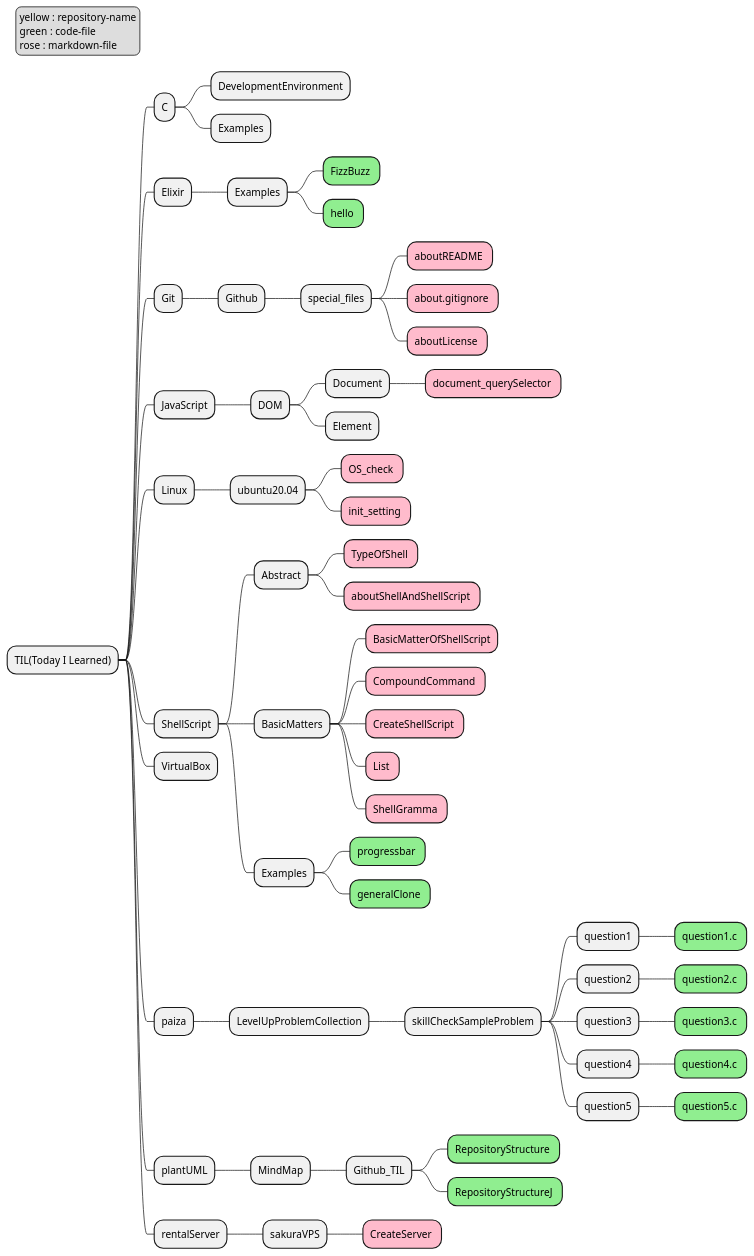
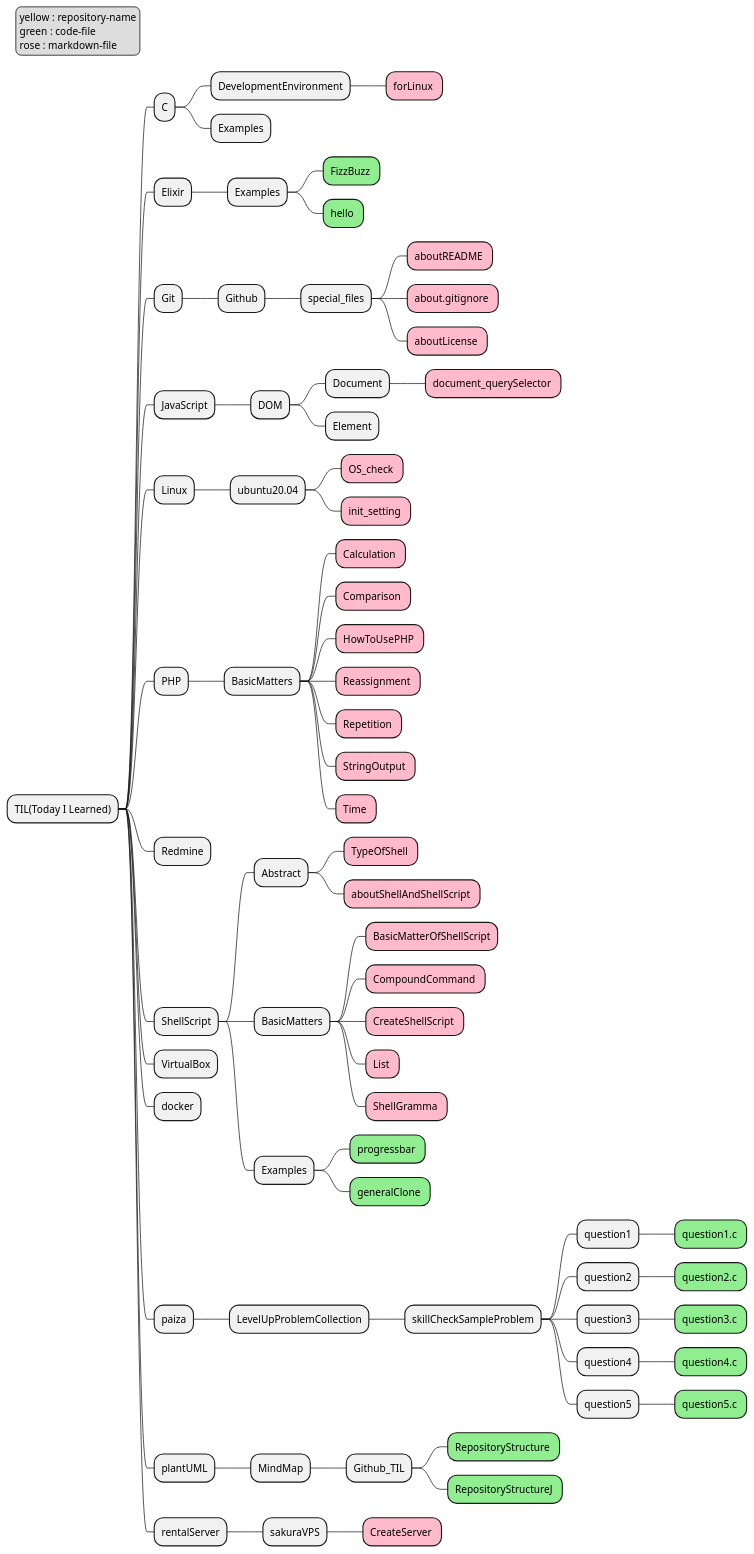
Before and after one commit to sudo-roa/TIL: the diagram in plantUML/MindMap/Github_TIL/RepositoryStructure.puml, drawn with PlantUML. The commit also changed 4 other files, not shown here.

```diff
--- a/plantUML/MindMap/Github_TIL/RepositoryStructure.puml
+++ b/plantUML/MindMap/Github_TIL/RepositoryStructure.puml
@@ -1,89 +1,104 @@
 @startmindmap RepositoryStructure
 <style>
 mindmapDiagram {
   .green {
     BackgroundColor #90ee90
   }
   .rose {
     BackgroundColor #FFBBCC
   }
 }
 </style>
 
 * TIL(Today I Learned)
 
 ** C
 *** DevelopmentEnvironment
+**** forLinux <<rose>>
 *** Examples
 
 ** Elixir
 *** Examples
 **** FizzBuzz <<green>>
 **** hello <<green>>
 
 ** Git
 *** Github
 **** special_files
 ***** aboutREADME <<rose>>
 ***** about.gitignore <<rose>>
 ***** aboutLicense <<rose>>
 
 ** JavaScript
 *** DOM
 **** Document
 ***** document_querySelector <<rose>>
 **** Element
 
 ** Linux
 *** ubuntu20.04
 **** OS_check <<rose>>
 **** init_setting <<rose>>
 
+** PHP
+*** BasicMatters
+**** Calculation <<rose>>
+**** Comparison <<rose>>
+**** HowToUsePHP <<rose>>
+**** Reassignment <<rose>>
+**** Repetition <<rose>>
+**** StringOutput <<rose>>
+**** Time <<rose>>
+
+** Redmine
+
 ** ShellScript
 *** Abstract
 **** TypeOfShell <<rose>>
 **** aboutShellAndShellScript <<rose>>
 *** BasicMatters
 **** BasicMatterOfShellScript<<rose>>
 **** CompoundCommand <<rose>>
 **** CreateShellScript <<rose>>
 **** List <<rose>>
 **** ShellGramma <<rose>>
 *** Examples
 **** progressbar <<green>>
 **** generalClone <<green>>
 
 ** VirtualBox
+
+** docker
 
 ** paiza
 *** LevelUpProblemCollection
 **** skillCheckSampleProblem
 ***** question1
 ****** question1.c <<green>>
 ***** question2
 ****** question2.c <<green>>
 ***** question3
 ****** question3.c <<green>>
 ***** question4
 ****** question4.c <<green>>
 ***** question5
 ****** question5.c <<green>>
 
 ** plantUML
 *** MindMap
 **** Github_TIL
 ***** RepositoryStructure <<green>>
 ***** RepositoryStructureJ <<green>>
 
 ** rentalServer
 *** sakuraVPS
 **** CreateServer <<rose>>
 
 
 legend top left
     yellow : repository-name
     green : code-file
     rose : markdown-file
 endlegend
 
 @endmindmap
```
